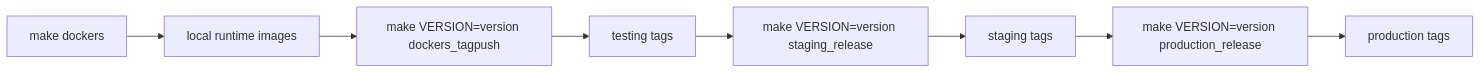
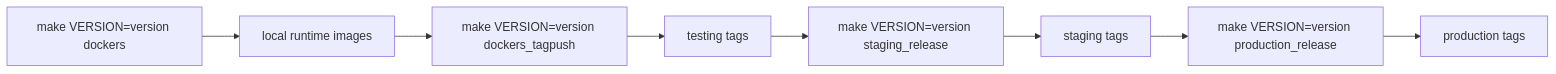
The diagram in docs/operations/promotion.md (SUNET/eduid-releng), drawn with Mermaid before and after one commit. The commit also changed other lines of this file and 13 other files, not shown here.

````diff
--- a/docs/operations/promotion.md
+++ b/docs/operations/promotion.md
@@ -14,10 +14,10 @@
 ```mermaid
 flowchart LR
-	A[make dockers] --> B[local runtime images]
+	A[make VERSION=version dockers] --> B[local runtime images]
 	B --> C[make VERSION=version dockers_tagpush]
 	C --> D[testing tags]
 	D --> E[make VERSION=version staging_release]
 	E --> F[staging tags]
 	F --> G[make VERSION=version production_release]
 	G --> H[production tags]
 ```
````
